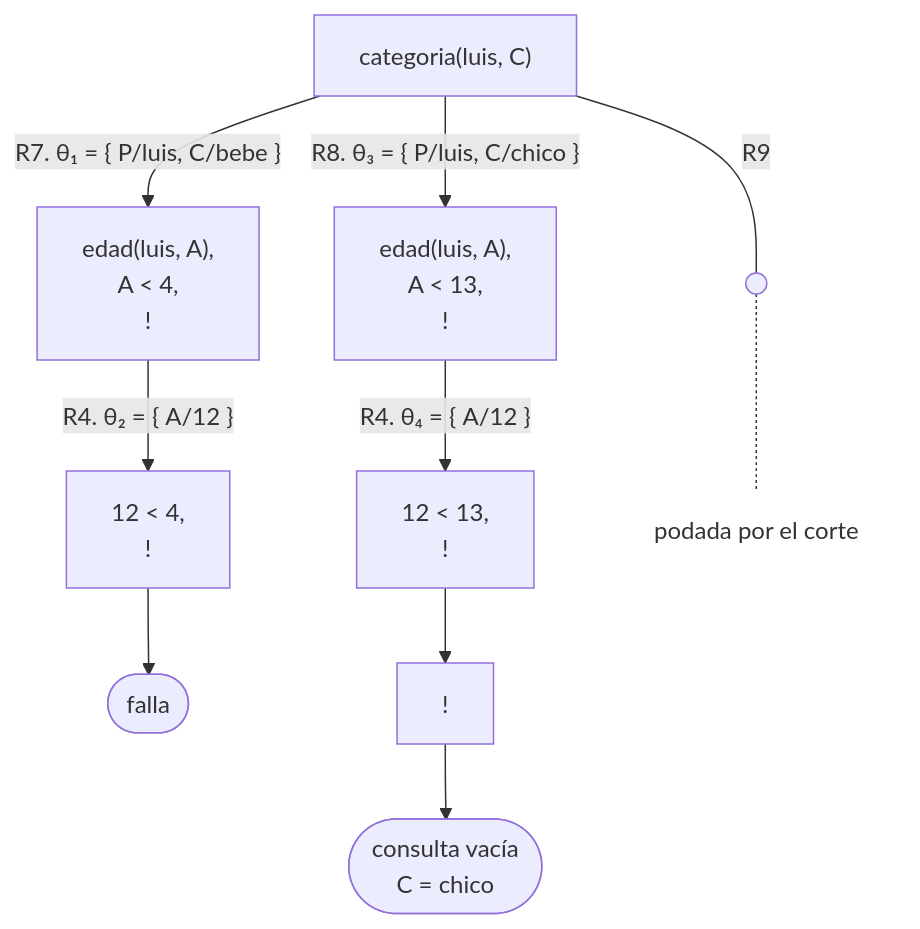
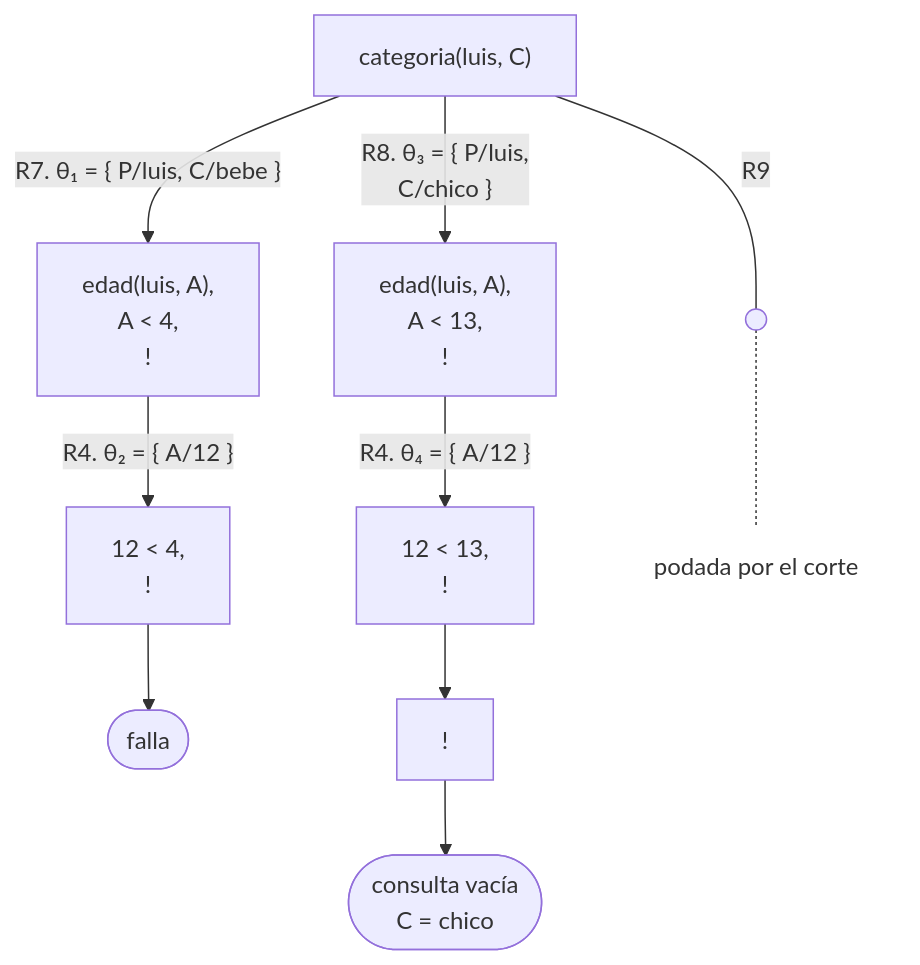
Before and after one commit to CesarBallardini/curso-de-prolog: the second of 5 diagrams in docs/capitulo-09-backtracking-y-corte/soluciones.md, drawn with Mermaid. The commit also changed other lines of this file and 24 other files, not shown here.

First line of the commit message:
feat(docs): botones para ocultar las columnas laterales y etiquetas cortas en los diagramas

````diff
--- a/docs/capitulo-09-backtracking-y-corte/soluciones.md
+++ b/docs/capitulo-09-backtracking-y-corte/soluciones.md
@@ -347,13 +347,13 @@
 ```mermaid
 flowchart TD
     A["categoria(luis, C)"] -- "R7. θ₁ = {&nbsp;P/luis, C/bebe&nbsp;}" --> B["edad(luis, A),<br/>A < 4,<br/>!"]
     B -- "R4. θ₂ = {&nbsp;A/12&nbsp;}" --> B2["12 < 4,<br/>!"]
     B2 --> F(["falla"])
-    A -- "R8. θ₃ = {&nbsp;P/luis, C/chico&nbsp;}" --> C["edad(luis, A),<br/>A < 13,<br/>!"]
+    A -- "R8. θ₃ = {&nbsp;P/luis,<br/>C/chico&nbsp;}" --> C["edad(luis, A),<br/>A < 13,<br/>!"]
     C -- "R4. θ₄ = {&nbsp;A/12&nbsp;}" --> C2["12 < 13,<br/>!"]
     C2 --> C3["!"]
     C3 --> S(["consulta vacía<br/>C = chico"])
     A -- "R9" --- p@{ shape: sm-circ } -.- n["podada por el corte"]
     classDef abierto fill:none,stroke:none;
     class n abierto;
 ```
````
